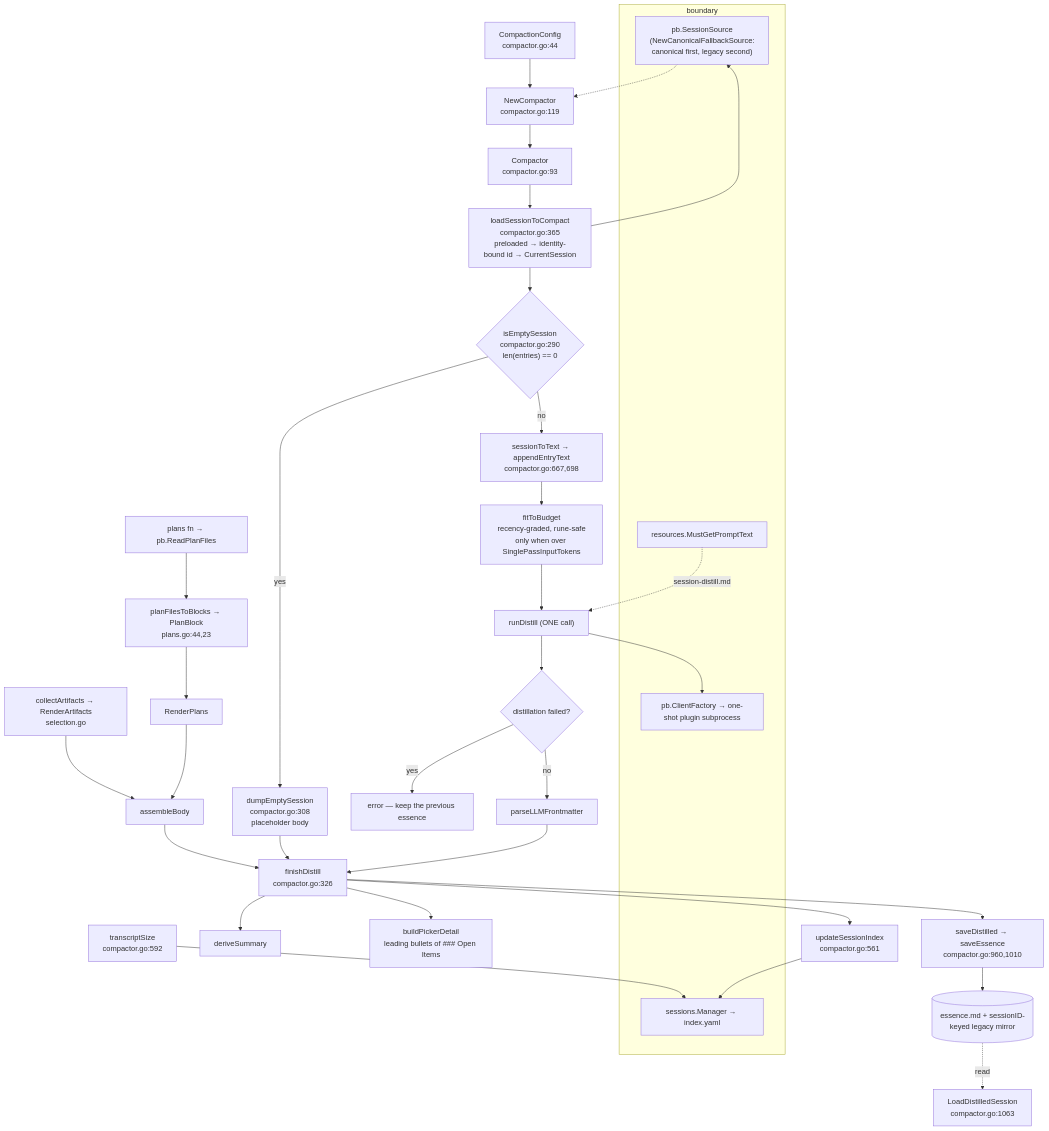
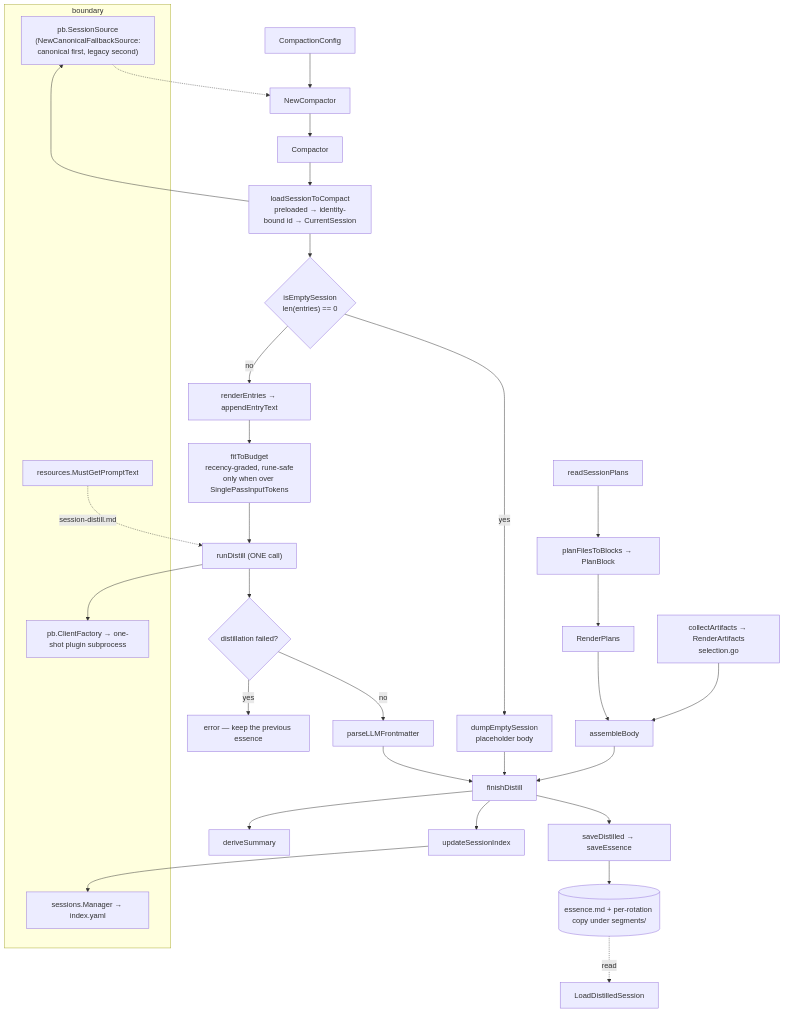
Before and after one commit to ctxloom/ctxloom: the diagram in docs/architecture/companions/memory.md, drawn with Mermaid. The commit also changed other lines of this file and 1 other file, not shown here.

````diff
--- a/docs/architecture/companions/memory.md
+++ b/docs/architecture/companions/memory.md
@@ -28,43 +28,41 @@
 ```mermaid
 flowchart TD
   subgraph ext["boundary"]
     SRC["pb.SessionSource<br/>(NewCanonicalFallbackSource:<br/>canonical first, legacy second)"]
     LLM["pb.ClientFactory → one-shot plugin subprocess"]
     IDX["sessions.Manager → index.yaml"]
     RES["resources.MustGetPromptText"]
   end
 
-  CFG["CompactionConfig<br/>compactor.go:44"] --> NC["NewCompactor<br/>compactor.go:119"]
+  CFG["CompactionConfig"] --> NC["NewCompactor"]
   SRC -.-> NC
-  NC --> C["Compactor<br/>compactor.go:93"]
+  NC --> C["Compactor"]
 
-  C --> LS["loadSessionToCompact<br/>compactor.go:365<br/>preloaded → identity-bound id → CurrentSession"]
+  C --> LS["loadSessionToCompact<br/>preloaded → identity-bound id → CurrentSession"]
   LS --> SRC
-  LS --> ES{"isEmptySession<br/>compactor.go:290<br/>len(entries) == 0"}
+  LS --> ES{"isEmptySession<br/>len(entries) == 0"}
 
-  ES -->|yes| DUMP["dumpEmptySession<br/>compactor.go:308<br/>placeholder body"]
-  ES -->|no| S2T["sessionToText → appendEntryText<br/>compactor.go:667,698"]
+  ES -->|yes| DUMP["dumpEmptySession<br/>placeholder body"]
+  ES -->|no| S2T["renderEntries → appendEntryText"]
   S2T --> FB["fitToBudget<br/>recency-graded, rune-safe<br/>only when over SinglePassInputTokens"]
   FB --> RD["runDistill (ONE call)"]
   RD --> LLM
   RES -.->|"session-distill.md"| RD
   RD --> ABORT{"distillation failed?"}
   ABORT -->|yes| ERR["error — keep the previous essence"]
   ABORT -->|no| PFM["parseLLMFrontmatter"]
 
-  PLANS["plans fn → pb.ReadPlanFiles"] --> PB["planFilesToBlocks → PlanBlock<br/>plans.go:44,23"]
+  PLANS["readSessionPlans"] --> PB["planFilesToBlocks → PlanBlock"]
   PB --> RP["RenderPlans"] --> AB["assembleBody"]
   ART["collectArtifacts → RenderArtifacts<br/>selection.go"] --> AB
 
-  PFM --> FIN["finishDistill<br/>compactor.go:326"]
+  PFM --> FIN["finishDistill"]
   DUMP --> FIN
   AB --> FIN
   FIN --> DS["deriveSummary"]
-  FIN --> BPD["buildPickerDetail<br/>leading bullets of ### Open Items"]
-  FIN --> SD["saveDistilled → saveEssence<br/>compactor.go:960,1010"]
-  FIN --> USI["updateSessionIndex<br/>compactor.go:561"] --> IDX
-  TS["transcriptSize<br/>compactor.go:592"] --> IDX
+  FIN --> SD["saveDistilled → saveEssence"]
+  FIN --> USI["updateSessionIndex"] --> IDX
 
-  SD --> OUT[("essence.md + sessionID-keyed legacy mirror")]
-  OUT -.read.-> LOAD["LoadDistilledSession<br/>compactor.go:1063"]
+  SD --> OUT[("essence.md + per-rotation copy under segments/")]
+  OUT -.read.-> LOAD["LoadDistilledSession"]
 ```
````
